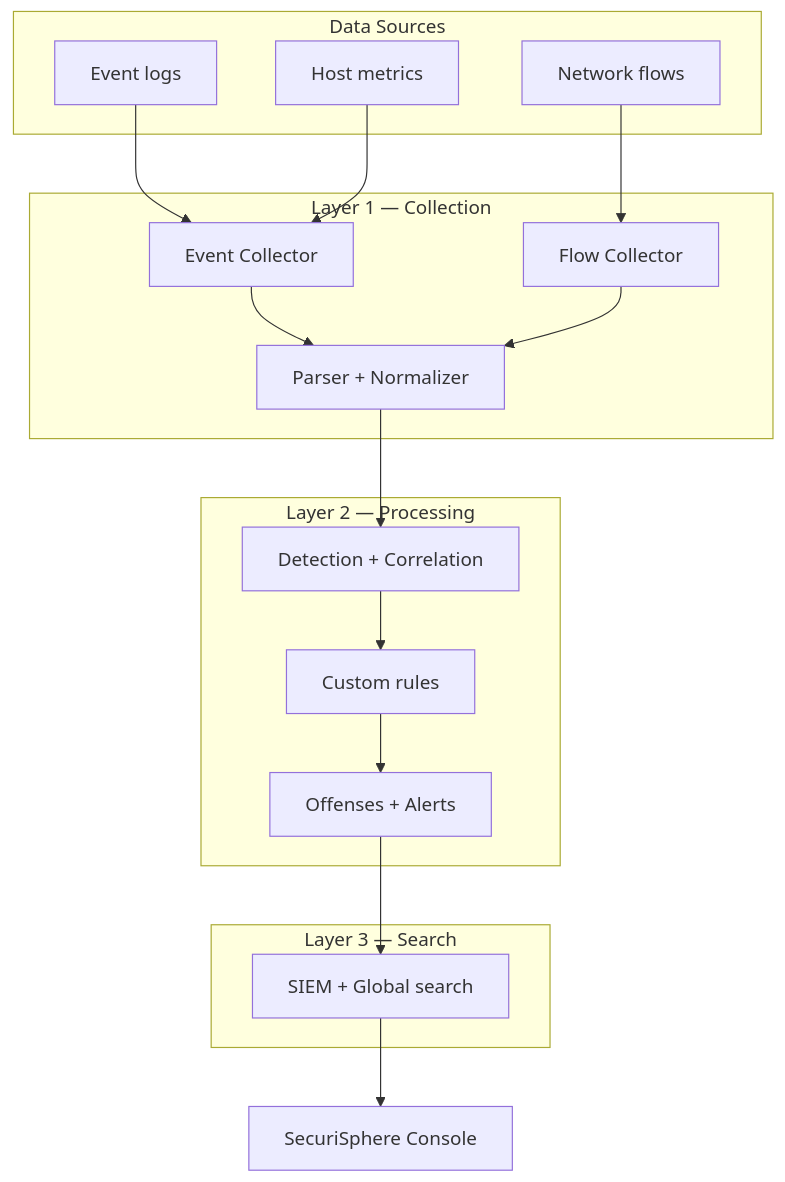
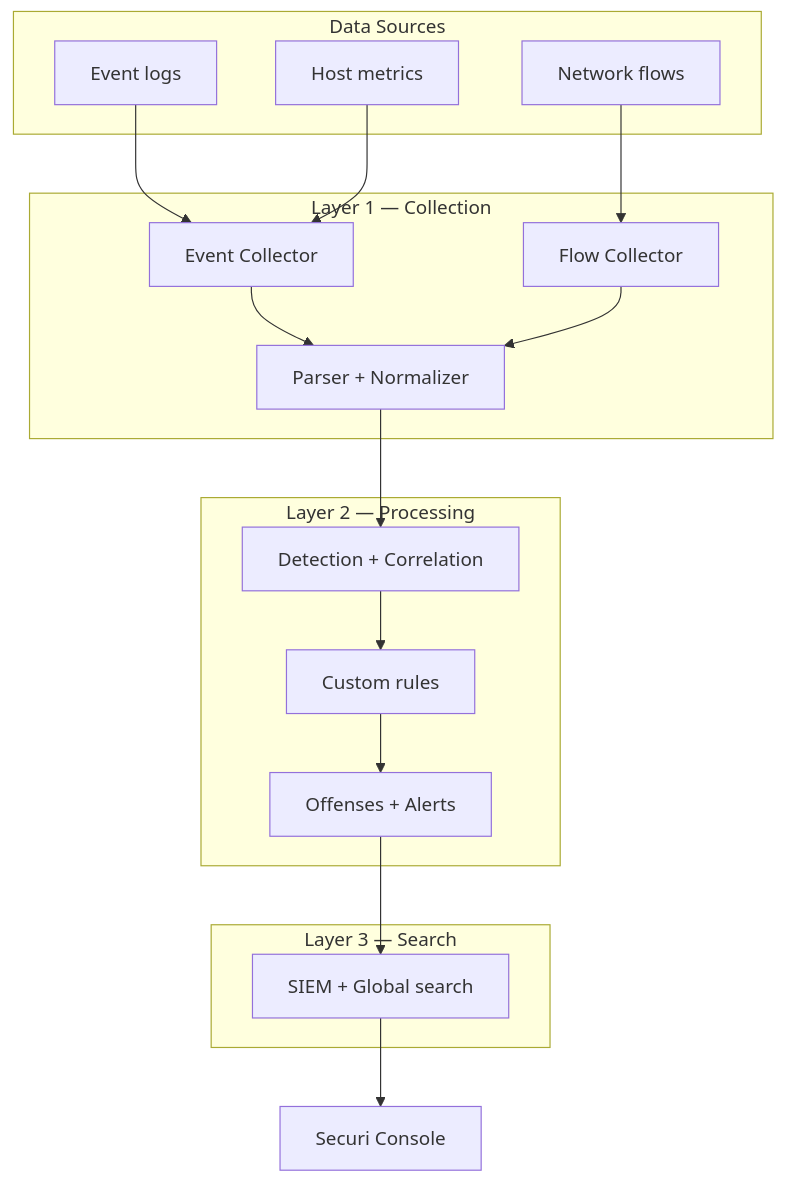
One commit to PrashantPatil-2005/Securi_Sphere changed the diagram in docs/SIEM_PIPELINE_ARCHITECTURE.md. Above: the diagram before and after it, drawn with Mermaid. The commit also changed other lines of this file and 418 other files, not shown here.

````diff
--- a/docs/SIEM_PIPELINE_ARCHITECTURE.md
+++ b/docs/SIEM_PIPELINE_ARCHITECTURE.md
@@ -17,36 +17,36 @@
 ```mermaid
 flowchart TB
   subgraph sources [Data Sources]
     E[Event logs]
     F[Network flows]
     M[Host metrics]
   end
 
   subgraph L1 [Layer 1 — Collection]
     EC[Event Collector]
     FC[Flow Collector]
     N[Parser + Normalizer]
   end
 
   subgraph L2 [Layer 2 — Processing]
     EP[Detection + Correlation]
     R[Custom rules]
     O[Offenses + Alerts]
   end
 
   subgraph L3 [Layer 3 — Search]
     S[SIEM + Global search]
   end
 
-  C[SecuriSphere Console]
+  C[Securi Console]
 
   E --> EC
   F --> FC
   M --> EC
   EC --> N
   FC --> N
   N --> EP
   EP --> R --> O
   O --> S
   S --> C
 ```
````
